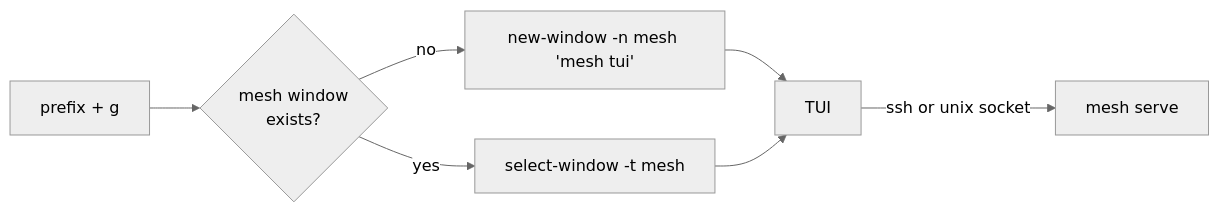
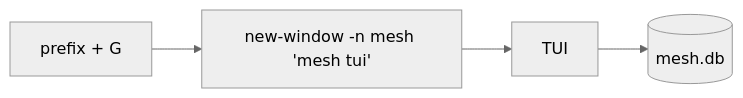
The tenth of 14 diagrams in README.md (KakkoiDev/tmux-agent-mesh), drawn with Mermaid (neutral theme) before and after one commit. The commit also changed other lines of this file and 2 other files, not shown here.

First line of the commit message:
docs: the TUI is running, and the test counts were stale

````diff
--- a/README.md
+++ b/README.md
@@ -519,9 +523,6 @@
 ```mermaid
 flowchart LR
-    K["prefix + g"] --> W{"mesh window<br/>exists?"}
-    W -->|no| N["new-window -n mesh 'mesh tui'"]
-    W -->|yes| J["select-window -t mesh"]
+    K["prefix + G"] --> N["new-window -n mesh 'mesh tui'"]
     N --> T["TUI"]
-    J --> T
-    T -->|"ssh or unix socket"| SV["mesh serve"]
+    T --> DB[("mesh.db")]
 ```
````
